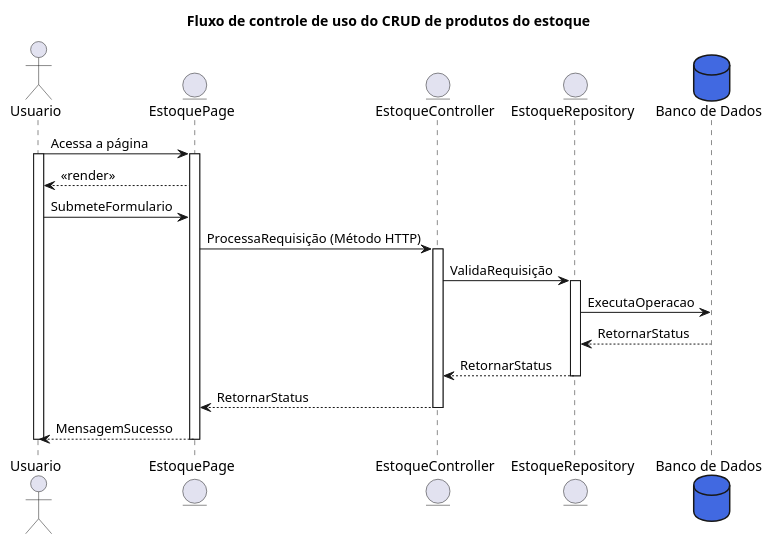
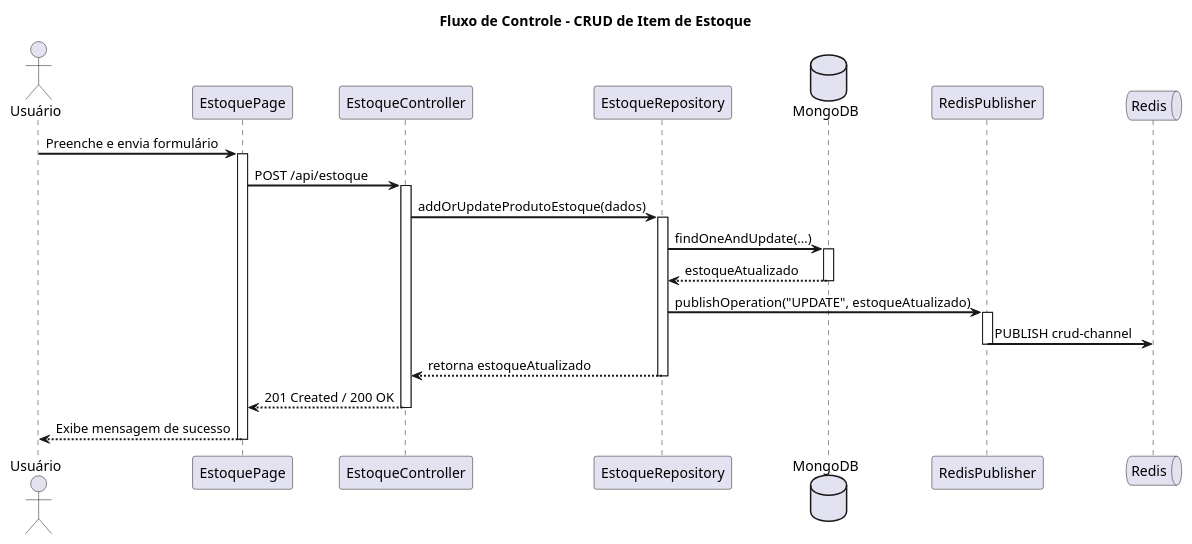
The diagram in 3- DESIGN/diagramaSequenciaProduto.puml (SPD-BES-2025-3/grupo10), drawn with PlantUML before and after one commit. The commit also changed 39 other files, not shown here.

Commit message:
fix crud de estoque e manutenção

```diff
--- a/3- DESIGN/diagramaSequenciaProduto.puml
+++ b/3- DESIGN/diagramaSequenciaProduto.puml
@@ -1,43 +1,44 @@
-@startuml
+@startuml Fluxo de Cadastro de Item de Estoque
 
-title "Fluxo de controle de uso do CRUD de produtos do estoque"
+title "Fluxo de Controle - CRUD de Item de Estoque"
 
+actor "Usuário" as usr
+participant "EstoquePage" as page
+participant "EstoqueController" as controller
+participant "EstoqueRepository" as repository
+database "MongoDB" as db
+participant "RedisPublisher" as publisher
+queue "Redis" as redis
 
-<style>
-    database {
-        backgroundColor: RoyalBlue;
-    }
-</style>
+skinparam sequenceArrowThickness 2
+skinparam roundcorner 10
 
-actor "Usuario" as usr
+usr -> page: Preenche e envia formulário
+activate page
 
-entity "EstoquePage" as estqP
-entity "EstoqueController" as estqC
-entity "EstoqueRepository" as estqR
+page -> controller: POST /api/estoque
+activate controller
 
-database "Banco de Dados" as db
+controller -> repository: addOrUpdateProdutoEstoque(dados)
+activate repository
 
+repository -> db: findOneAndUpdate(...)
+activate db
+db --> repository: estoqueAtualizado
+deactivate db
 
-usr -> estqP: Acessa a página
-activate usr
-activate estqP
-usr <--  estqP: <<render>>
+repository -> publisher: publishOperation("UPDATE", estoqueAtualizado)
+activate publisher
+publisher -> redis: PUBLISH crud-channel
+deactivate publisher
 
-usr -> estqP: SubmeteFormulario
-estqP -> estqC: ProcessaRequisição (Método HTTP)
-activate estqC
-estqC -> estqR: ValidaRequisição
-activate estqR
-estqR -> db: ExecutaOperacao
-estqR <-- db: RetornarStatus
-estqC <-- estqR: RetornarStatus
-deactivate estqR
-estqP <-- estqC: RetornarStatus
-deactivate estqC
+repository --> controller: retorna estoqueAtualizado
+deactivate repository
 
-estqP --> usr: MensagemSucesso
+controller --> page: 201 Created / 200 OK
+deactivate controller
 
-deactivate usr
-deactivate estqP
+page --> usr: Exibe mensagem de sucesso
+deactivate page
 
 @enduml
```
